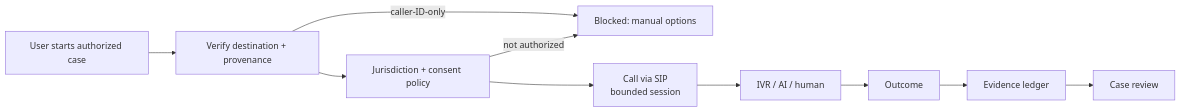
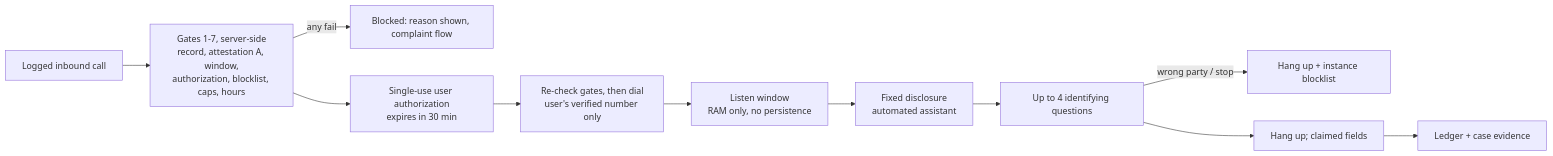
One commit to Gr0wthHacker/anticall changed the third of 4 diagrams in docs/developer/architecture.md. Above: the diagram before and after it, drawn with Mermaid. The commit also changed other lines of this file and 35 other files, not shown here.

````diff
--- a/docs/developer/architecture.md
+++ b/docs/developer/architecture.md
@@ -53,12 +55,13 @@
 ```mermaid
 flowchart LR
-  S[User starts authorized case] --> V[Verify destination + provenance]
-  V -->|caller-ID-only| X[Blocked: manual options]
-  V --> J[Jurisdiction + consent policy]
-  J -->|not authorized| X
-  J --> C[Call via SIP<br/>bounded session]
-  C --> I[IVR / AI / human]
-  I --> O[Outcome]
-  O --> L[Evidence ledger]
-  L --> R[Case review]
+  I[Logged inbound call] --> G[Gates 1-7, server-side<br/>record, attestation A, window,<br/>authorization, blocklist, caps, hours]
+  G -->|any fail| X[Blocked: reason shown, complaint flow]
+  G --> U[Single-use user authorization<br/>expires in 30 min]
+  U --> R[Re-check gates, then dial<br/>user's verified number only]
+  R --> W[Listen window<br/>RAM only, no persistence]
+  W --> D[Fixed disclosure<br/>automated assistant]
+  D --> Q[Up to 4 identifying questions]
+  Q -->|wrong party / stop| H[Hang up + instance blocklist]
+  Q --> F[Hang up; claimed fields]
+  F --> L[Ledger + case evidence]
 ```
````
